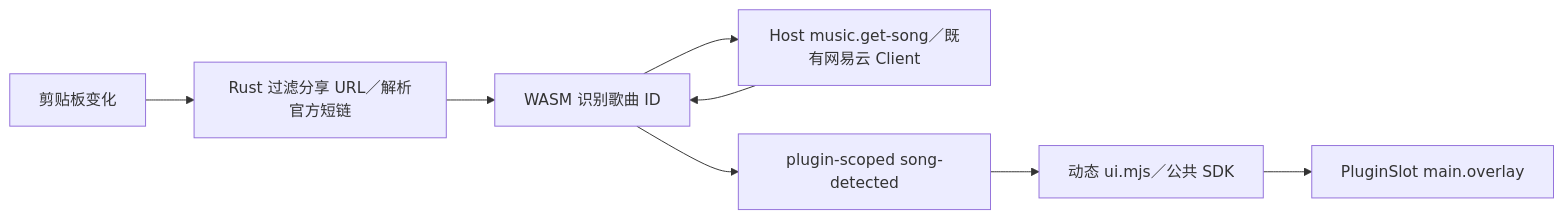
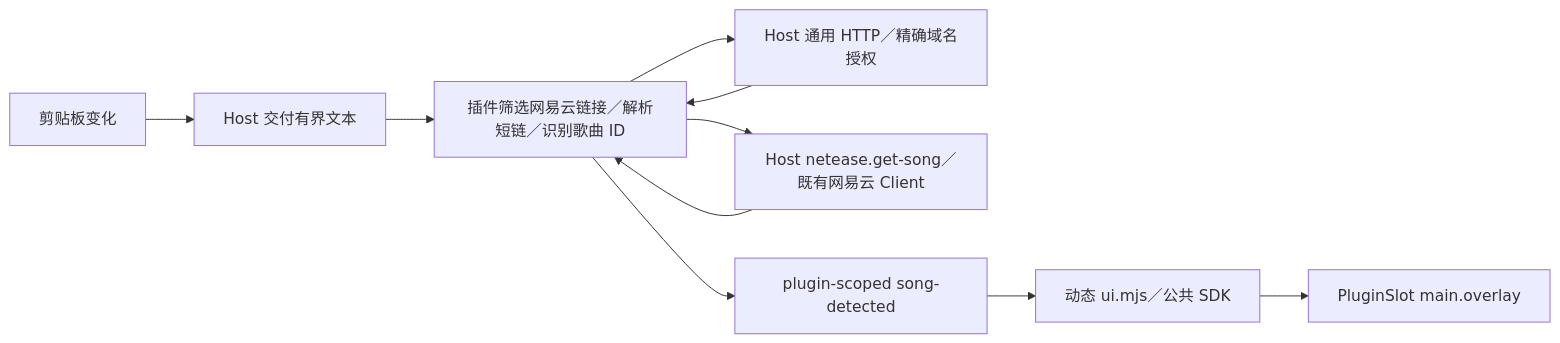
One commit to Miaoyww/Nons changed the diagram in docs/plugins.md. Above: the diagram before and after it, drawn with Mermaid. The commit also changed other lines of this file and 25 other files, not shown here.

````diff
--- a/docs/plugins.md
+++ b/docs/plugins.md
@@ -115,10 +127,12 @@
 ```mermaid
 flowchart LR
-  C[剪贴板变化] --> H[Rust 过滤分享 URL／解析官方短链]
-  H --> W[WASM 识别歌曲 ID]
-  W --> N[Host music.get-song／既有网易云 Client]
+  C[剪贴板变化] --> H[Host 交付有界文本]
+  H --> W[插件筛选网易云链接／解析短链／识别歌曲 ID]
+  W --> R[Host 通用 HTTP／精确域名授权]
+  R --> W
+  W --> N[Host netease.get-song／既有网易云 Client]
   N --> W
   W --> E[plugin-scoped song-detected]
   E --> U[动态 ui.mjs／公共 SDK]
   U --> S[PluginSlot main.overlay]
 ```
````
